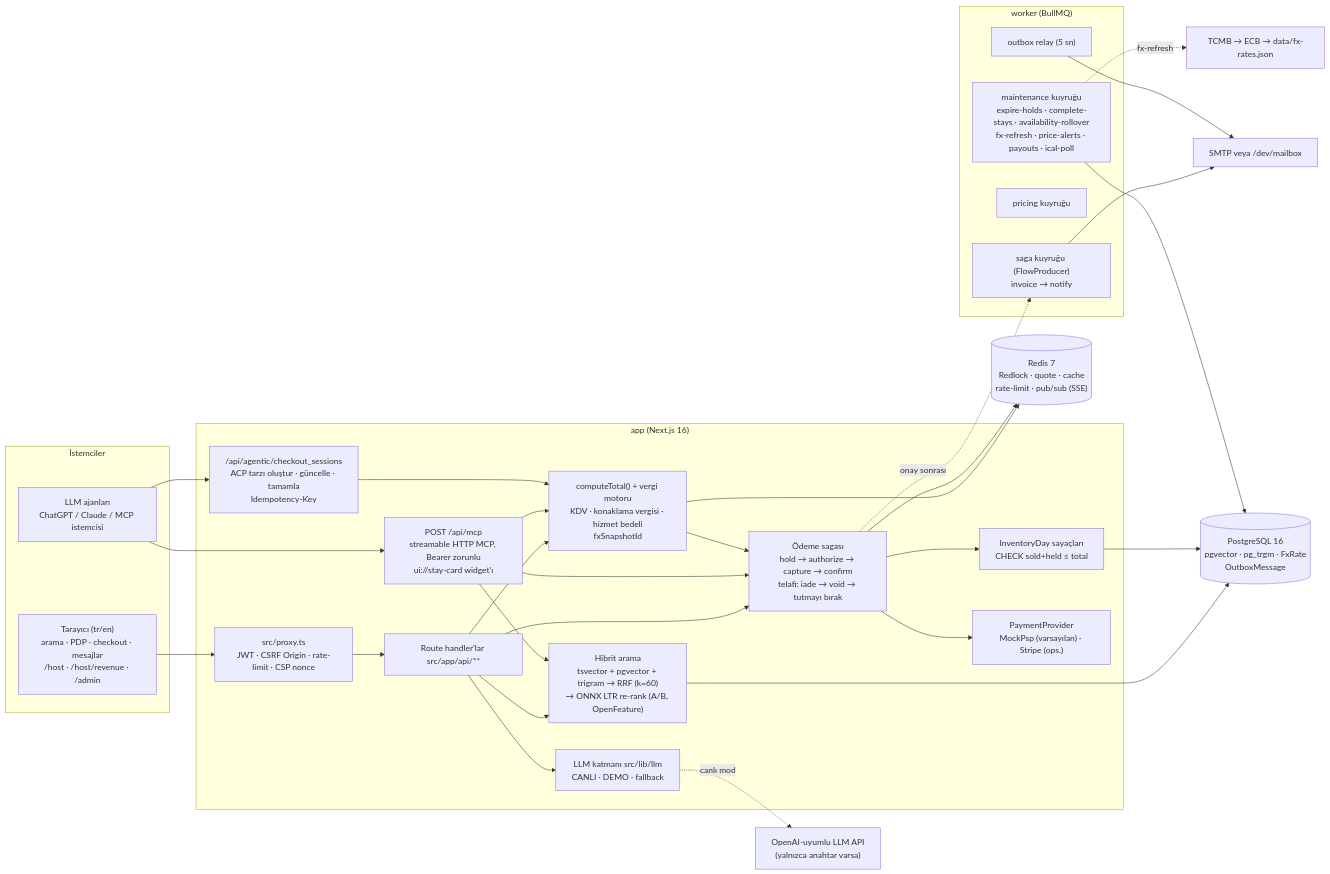
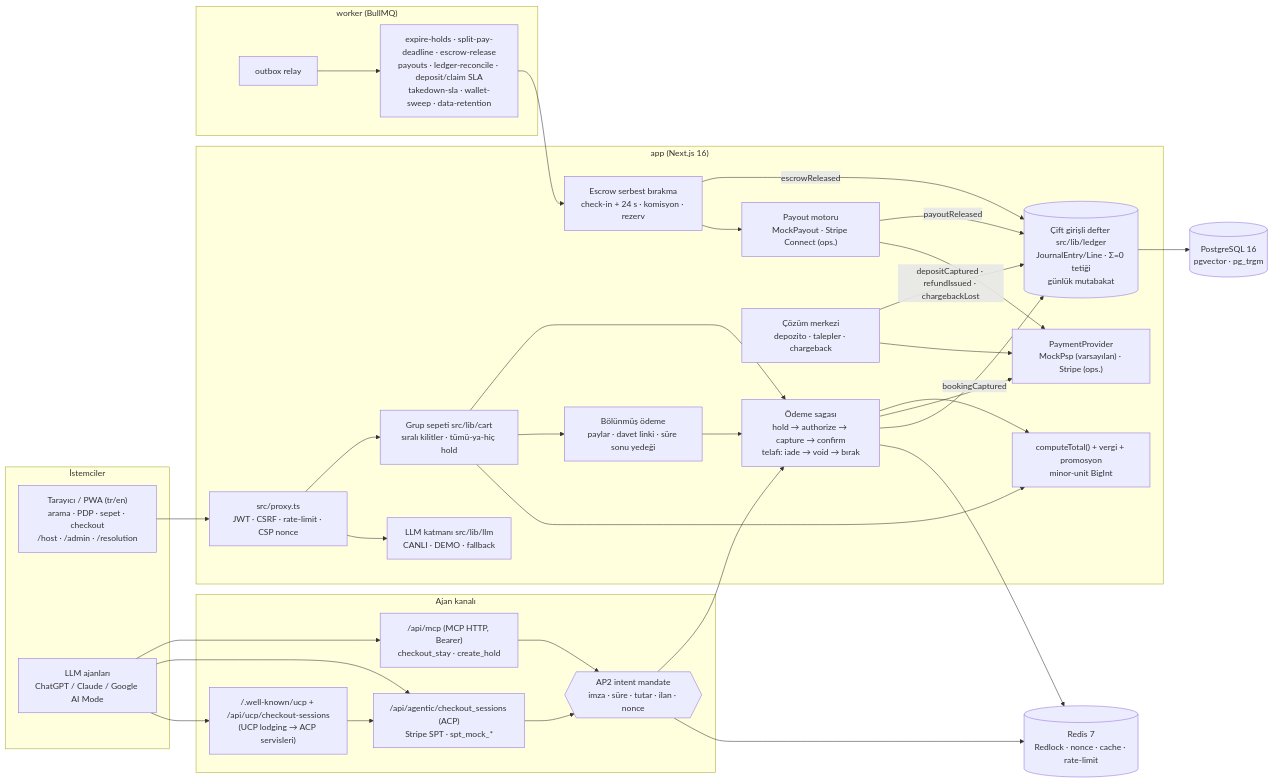
Before and after one commit to tunadeniz1304/booking-platform: the diagram in README.md, drawn with Mermaid. The commit also changed other lines of this file, not shown here.

````diff
--- a/README.md
+++ b/README.md
@@ -15,50 +21,54 @@
 ```mermaid
 flowchart LR
   subgraph Clients["İstemciler"]
-    UI["Tarayıcı (tr/en)<br/>arama · PDP · checkout · mesajlar<br/>/host · /host/revenue · /admin"]
-    AG["LLM ajanları<br/>ChatGPT / Claude / MCP istemcisi"]
+    UI["Tarayıcı / PWA (tr/en)<br/>arama · PDP · sepet · checkout<br/>/host · /admin · /resolution"]
+    AG["LLM ajanları<br/>ChatGPT / Claude / Google AI Mode"]
   end
 
-  subgraph App["app (Next.js 16)"]
-    PX["src/proxy.ts<br/>JWT · CSRF Origin · rate-limit · CSP nonce"]
-    API["Route handler'lar src/app/api/**"]
-    MCPH["POST /api/mcp<br/>streamable HTTP MCP, Bearer zorunlu<br/>ui://stay-card widget'ı"]
-    ACP["/api/agentic/checkout_sessions<br/>ACP tarzı oluştur · güncelle · tamamla<br/>Idempotency-Key"]
-    SRCH["Hibrit arama<br/>tsvector + pgvector + trigram → RRF (k=60)<br/>→ ONNX LTR re-rank (A/B, OpenFeature)"]
-    QT["computeTotal() + vergi motoru<br/>KDV · konaklama vergisi · hizmet bedeli<br/>fxSnapshotId"]
-    SAGA["Ödeme sagası<br/>hold → authorize → capture → confirm<br/>telafi: iade → void → tutmayı bırak"]
-    INV["InventoryDay sayaçları<br/>CHECK sold+held ≤ total"]
+  subgraph Agent["Ajan kanalı"]
+    MCPH["/api/mcp (MCP HTTP, Bearer)<br/>checkout_stay · create_hold"]
+    ACP["/api/agentic/checkout_sessions (ACP)<br/>Stripe SPT · spt_mock_*"]
+    UCP["/.well-known/ucp + /api/ucp/checkout-sessions<br/>(UCP lodging → ACP servisleri)"]
+    MAN{{"AP2 intent mandate<br/>imza · süre · tutar · ilan · nonce"}}
+  end
+
+  subgraph Core["app (Next.js 16)"]
+    PX["src/proxy.ts<br/>JWT · CSRF · rate-limit · CSP nonce"]
+    CART["Grup sepeti src/lib/cart<br/>sıralı kilitler · tümü-ya-hiç hold"]
+    SPLIT["Bölünmüş ödeme<br/>paylar · davet linki · süre sonu yedeği"]
+    QT["computeTotal() + vergi + promosyon<br/>minor-unit BigInt"]
+    SAGA["Ödeme sagası<br/>hold → authorize → capture → confirm<br/>telafi: iade → void → bırak"]
+    LEDGER[("Çift girişli defter src/lib/ledger<br/>JournalEntry/Line · Σ=0 tetiği<br/>günlük mutabakat")]
+    ESC["Escrow serbest bırakma<br/>check-in + 24 s · komisyon · rezerv"]
+    PAY["Payout motoru<br/>MockPayout · Stripe Connect (ops.)"]
+    RES["Çözüm merkezi<br/>depozito · talepler · chargeback"]
+    PSP["PaymentProvider<br/>MockPsp (varsayılan) · Stripe (ops.)"]
     LLM["LLM katmanı src/lib/llm<br/>CANLI · DEMO · fallback"]
-    PSP["PaymentProvider<br/>MockPsp (varsayılan) · Stripe (ops.)"]
   end
 
   subgraph Worker["worker (BullMQ)"]
-    WM["maintenance kuyruğu<br/>expire-holds · complete-stays · availability-rollover<br/>fx-refresh · price-alerts · payouts · ical-poll"]
-    WS["saga kuyruğu (FlowProducer)<br/>invoice → notify"]
-    WP["pricing kuyruğu"]
-    WO["outbox relay (5 sn)"]
+    WJ["expire-holds · split-pay-deadline · escrow-release<br/>payouts · ledger-reconcile · deposit/claim SLA<br/>takedown-sla · wallet-sweep · data-retention"]
+    WO["outbox relay"]
   end
 
-  PG[("PostgreSQL 16<br/>pgvector · pg_trgm · FxRate<br/>OutboxMessage")]
-  RD[("Redis 7<br/>Redlock · quote · cache<br/>rate-limit · pub/sub (SSE)")]
-  FX["TCMB → ECB → data/fx-rates.json"]
-  EXT["OpenAI-uyumlu LLM API<br/>(yalnızca anahtar varsa)"]
-  MAIL["SMTP veya /dev/mailbox"]
+  PG[("PostgreSQL 16<br/>pgvector · pg_trgm")]
+  RD[("Redis 7<br/>Redlock · nonce · cache · rate-limit")]
 
-  UI --> PX --> API
-  AG --> MCPH
-  AG --> ACP
-  API --> SRCH & QT & SAGA
-  MCPH --> SRCH & QT & SAGA
-  ACP --> QT --> SAGA
-  SAGA --> INV
+  UI --> PX --> CART --> SAGA
+  CART --> SPLIT --> SAGA
+  AG --> MCPH & ACP & UCP
+  UCP --> ACP
+  MCPH & ACP --> MAN --> SAGA
+  CART & SAGA --> QT
   SAGA --> PSP
-  SAGA -. onay sonrası .-> WS
-  API --> LLM -. canlı mod .-> EXT
-  SRCH & INV --> PG
-  QT & SAGA --> RD
-  WM --> PG
-  WM -. fx-refresh .-> FX
-  WS --> MAIL
-  WO --> MAIL
+  SAGA -- "bookingCaptured" --> LEDGER
+  RES -- "depositCaptured · refundIssued · chargebackLost" --> LEDGER
+  RES --> PSP
+  WJ --> ESC -- "escrowReleased" --> LEDGER
+  ESC --> PAY -- "payoutReleased" --> LEDGER
+  PAY --> PSP
+  LEDGER --> PG
+  SAGA & MAN --> RD
+  WO --> WJ
+  PX --> LLM
 ```
````
